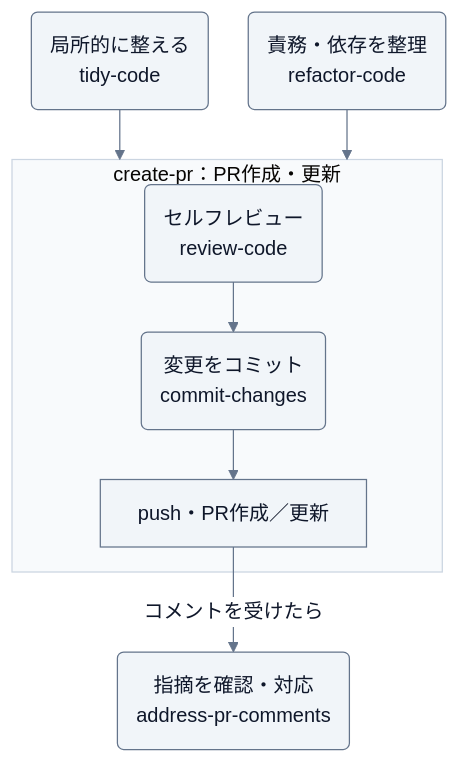
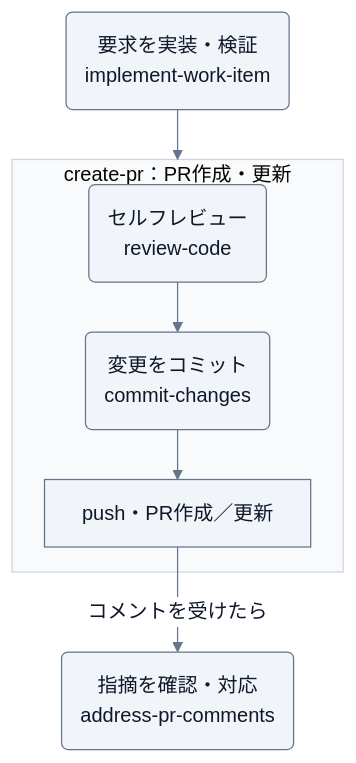
One commit to Wataru-Toriumi/agent-skills changed the diagram in plugins/forge/README.md. Above: the diagram before and after it, drawn with Mermaid. The commit also changed other lines of this file and 2 other files, not shown here.

````diff
--- a/plugins/forge/README.md
+++ b/plugins/forge/README.md
@@ -25,32 +26,30 @@
 ```mermaid
 ---
 config:
   theme: base
   look: classic
   fontFamily: sans-serif
   themeVariables:
     primaryColor: "#F1F5F9"
     primaryTextColor: "#0F172A"
     primaryBorderColor: "#64748B"
     lineColor: "#64748B"
     tertiaryColor: "#F8FAFC"
     clusterBkg: "#F8FAFC"
     clusterBorder: "#CBD5E1"
     edgeLabelBackground: "#FFFFFF"
   flowchart:
     wrappingWidth: 300
     curve: linear
     nodeSpacing: 32
     rankSpacing: 40
 ---
 flowchart TD
-    tidy("局所的に整える<br/>tidy-code")
-    refactor("責務・依存を整理<br/>refactor-code")
+    implement("要求を実装・検証<br/>implement-work-item")
     subgraph pr["create-pr：PR作成・更新"]
         review("セルフレビュー<br/>review-code") --> commit("変更をコミット<br/>commit-changes")
         commit --> publish["push・PR作成／更新"]
     end
-    tidy --> pr
-    refactor --> pr
+    implement --> pr
     publish -->|コメントを受けたら| address("指摘を確認・対応<br/>address-pr-comments")
 ```
````
